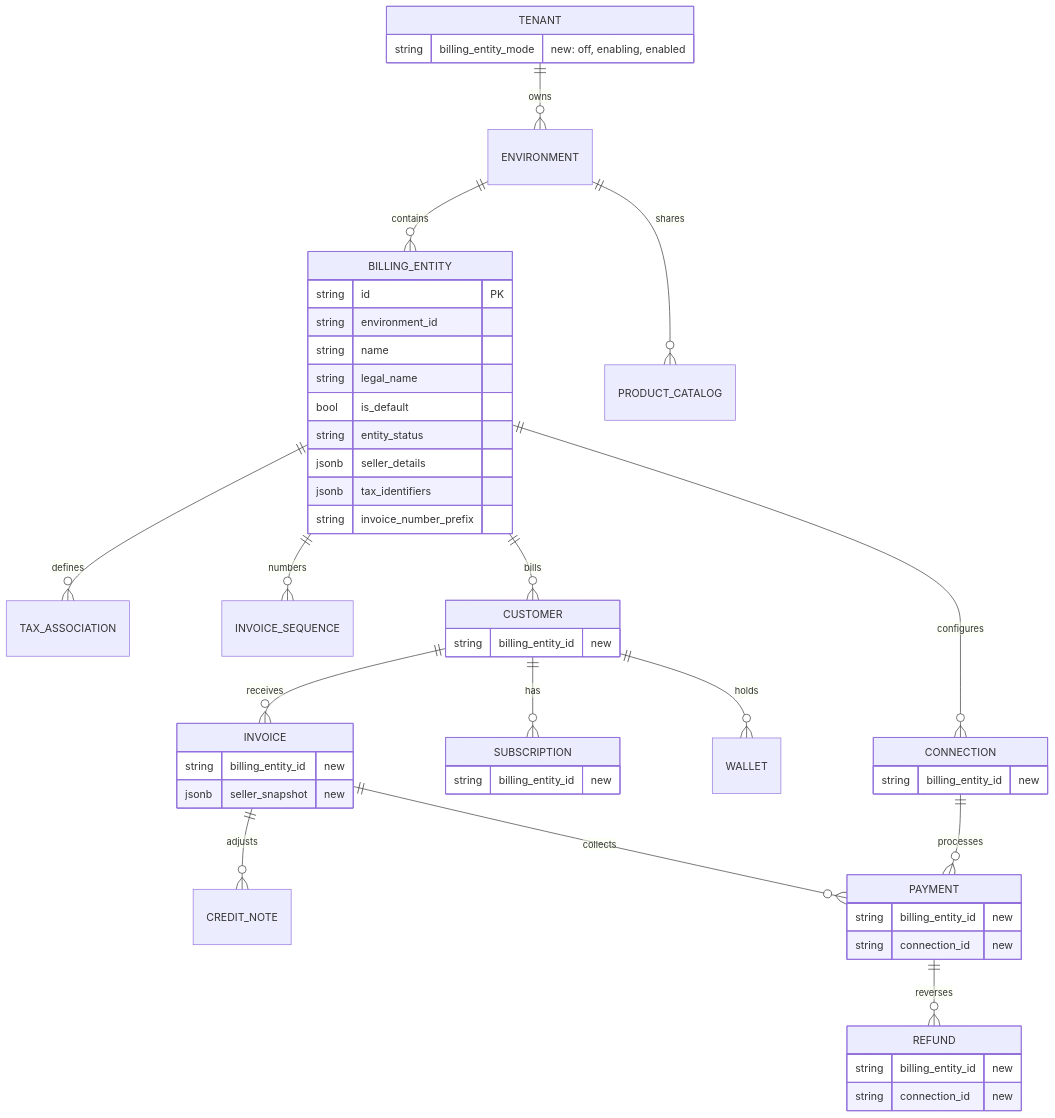
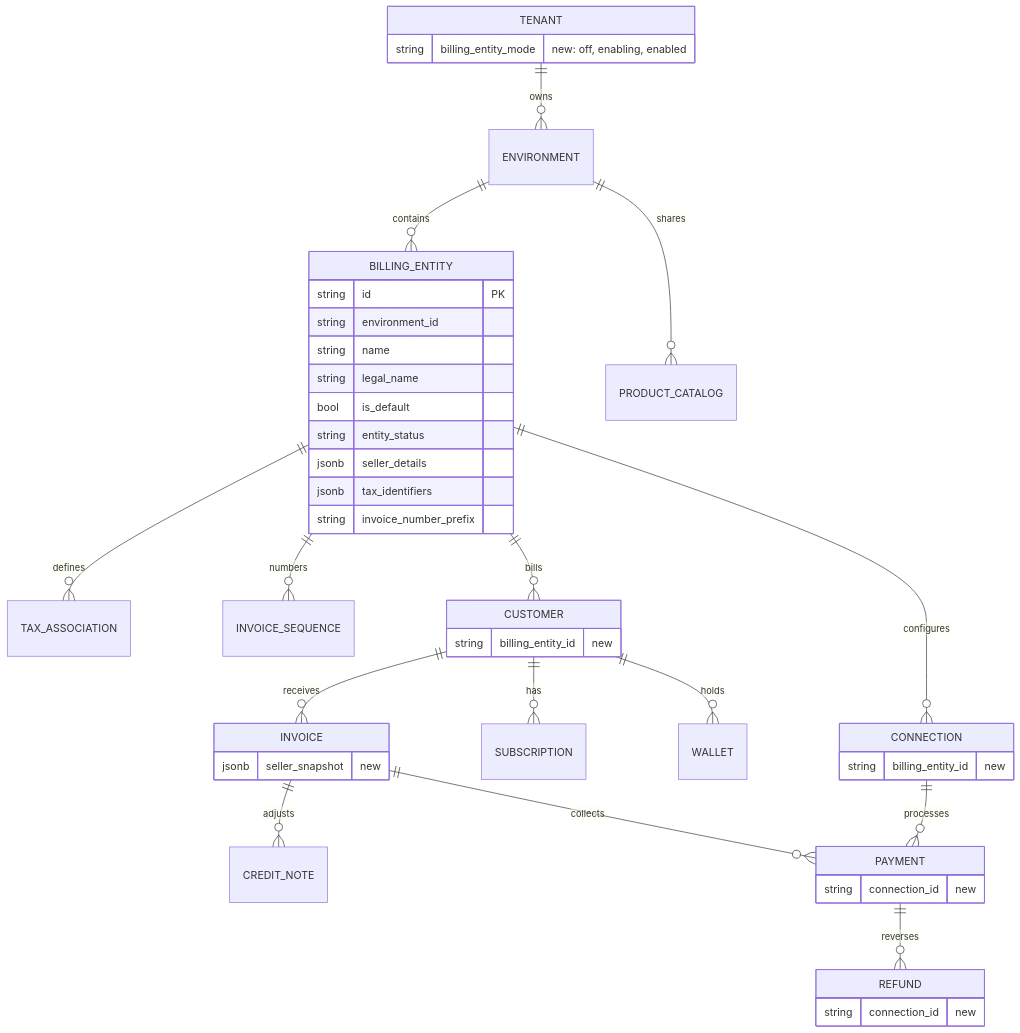
Before and after one commit to flexprice/flexprice: the fourth of 6 diagrams in docs/design/2026-10-21-multi-entity-billing-erd.md, drawn with Mermaid. The commit also changed other lines of this file, not shown here.

First line of the commit message:
docs(billing-entities): store entity on customers and connections only

````diff
--- a/docs/design/2026-10-21-multi-entity-billing-erd.md
+++ b/docs/design/2026-10-21-multi-entity-billing-erd.md
@@ -185,53 +186,47 @@
 ```mermaid
 erDiagram
   TENANT ||--o{ ENVIRONMENT : owns
   ENVIRONMENT ||--o{ BILLING_ENTITY : contains
   ENVIRONMENT ||--o{ PRODUCT_CATALOG : shares
   BILLING_ENTITY ||--o{ CONNECTION : configures
   BILLING_ENTITY ||--o{ TAX_ASSOCIATION : defines
   BILLING_ENTITY ||--o{ INVOICE_SEQUENCE : numbers
   BILLING_ENTITY ||--o{ CUSTOMER : bills
   CUSTOMER ||--o{ SUBSCRIPTION : has
   CUSTOMER ||--o{ WALLET : holds
   CUSTOMER ||--o{ INVOICE : receives
   INVOICE ||--o{ CREDIT_NOTE : adjusts
   INVOICE ||--o{ PAYMENT : collects
   CONNECTION ||--o{ PAYMENT : processes
   PAYMENT ||--o{ REFUND : reverses
 
   TENANT {
     string billing_entity_mode "new: off, enabling, enabled"
   }
   BILLING_ENTITY {
     string id PK
     string environment_id
     string name
     string legal_name
     bool is_default
     string entity_status
     jsonb seller_details
     jsonb tax_identifiers
     string invoice_number_prefix
   }
   CUSTOMER {
     string billing_entity_id "new"
   }
-  SUBSCRIPTION {
+  CONNECTION {
     string billing_entity_id "new"
   }
   INVOICE {
-    string billing_entity_id "new"
     jsonb seller_snapshot "new"
   }
   PAYMENT {
-    string billing_entity_id "new"
     string connection_id "new"
   }
   REFUND {
-    string billing_entity_id "new"
     string connection_id "new"
   }
-  CONNECTION {
-    string billing_entity_id "new"
-  }
 ```
````
